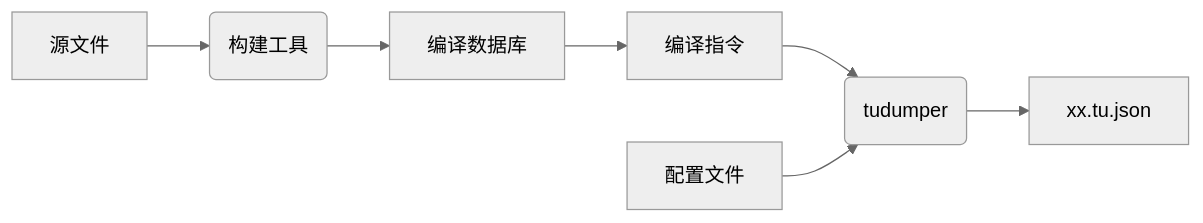
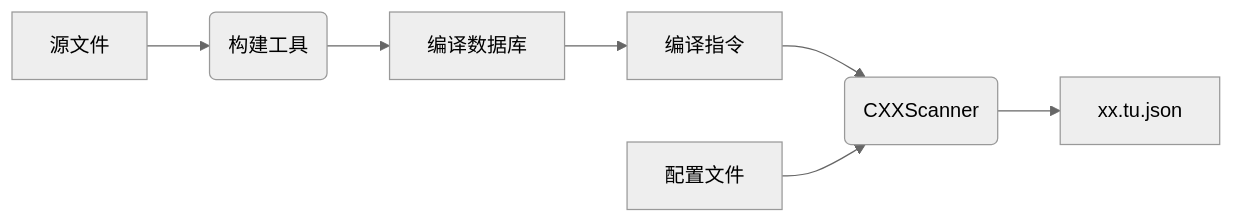
The diagram in README.md (yilongdong/CXXScanner), drawn with Mermaid (neutral theme) before and after one commit. The commit also changed other lines of this file and 74 other files, not shown here.

````diff
--- a/README.md
+++ b/README.md
@@ -6,8 +6,8 @@
 ```mermaid
 graph LR
     D[源文件] --> E(构建工具)
     E --> F[编译数据库] --> A[编译指令]
-    A --> B(tudumper)
+    A --> B(CXXScanner)
     C[配置文件] --> B
     B --> xx.tu.json
 ```
````
